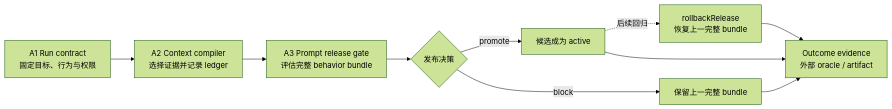
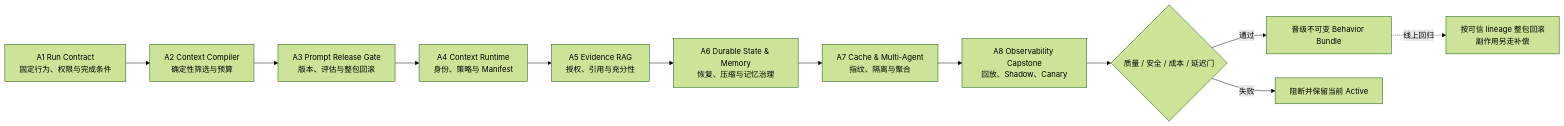
One commit to songuu/agent changed the first of 2 diagrams in agent-engineering/README.md. Above: the diagram before and after it, drawn with Mermaid (forest theme). The commit also changed other lines of this file and 58 other files, not shown here.

````diff
--- a/agent-engineering/README.md
+++ b/agent-engineering/README.md
@@ -25,12 +31,14 @@
 ```mermaid
 flowchart LR
-  S["A1 Run contract<br/>固定目标、行为与权限"] --> C["A2 Context compiler<br/>选择证据并记录 ledger"]
-  C --> P["A3 Prompt release gate<br/>评估完整 behavior bundle"]
-  P --> D{"发布决策"}
-  D -->|promote| N["候选成为 active"]
-  D -->|block| O["保留上一完整 bundle"]
-  N -. "后续回归" .-> R["rollbackRelease<br/>恢复上一完整 bundle"]
-  N --> E["Outcome evidence<br/>外部 oracle / artifact"]
-  O --> E
-  R --> E
+  R["A1 Run Contract<br/>固定行为、权限与完成条件"] --> C["A2 Context Compiler<br/>确定性筛选与预算"]
+  C --> P["A3 Prompt Release Gate<br/>版本、评估与整包回滚"]
+  P --> CR["A4 Context Runtime<br/>身份、策略与 Manifest"]
+  CR --> ER["A5 Evidence RAG<br/>授权、引用与充分性"]
+  ER --> DM["A6 Durable State & Memory<br/>恢复、压缩与记忆治理"]
+  DM --> MA["A7 Cache & Multi-Agent<br/>指纹、隔离与聚合"]
+  MA --> O["A8 Observability Capstone<br/>回放、Shadow、Canary"]
+  O --> G{"质量 / 安全 / 成本 / 延迟门"}
+  G -->|通过| N["晋级不可变 Behavior Bundle"]
+  G -->|失败| B["阻断并保留当前 Active"]
+  N -. "线上回归" .-> RB["按可信 lineage 整包回滚<br/>副作用另走补偿"]
 ```
````
